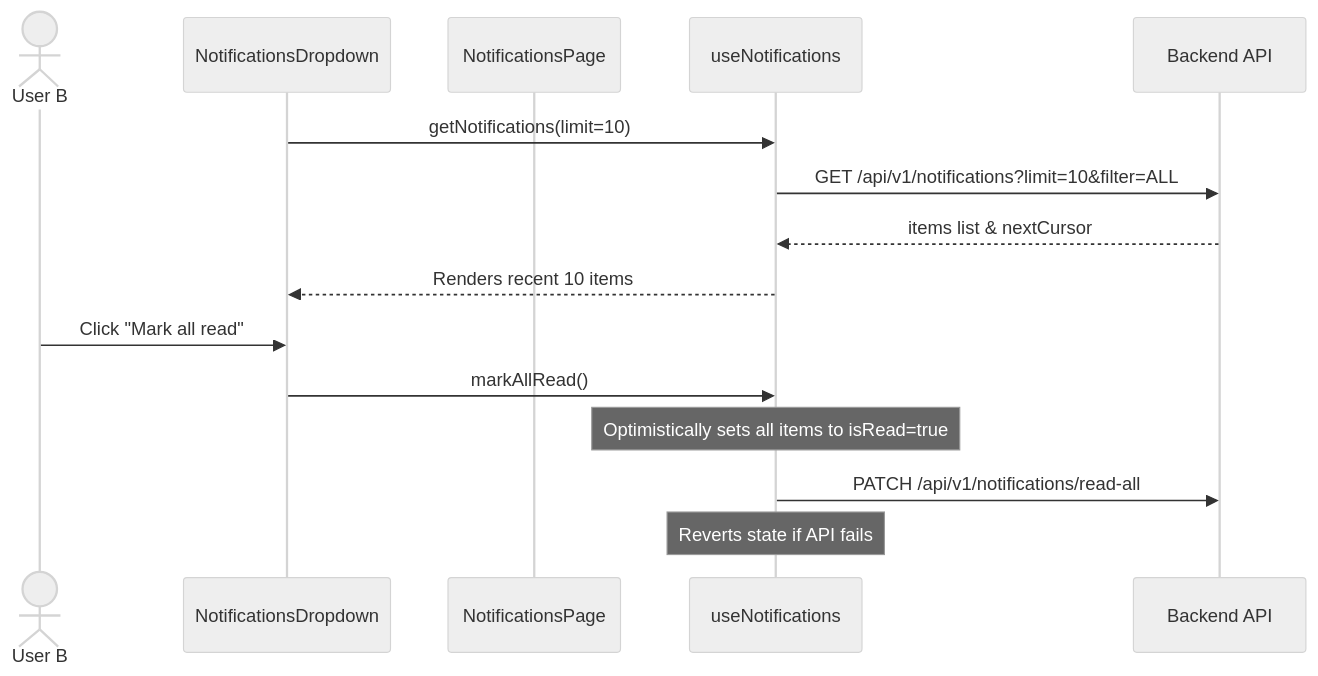
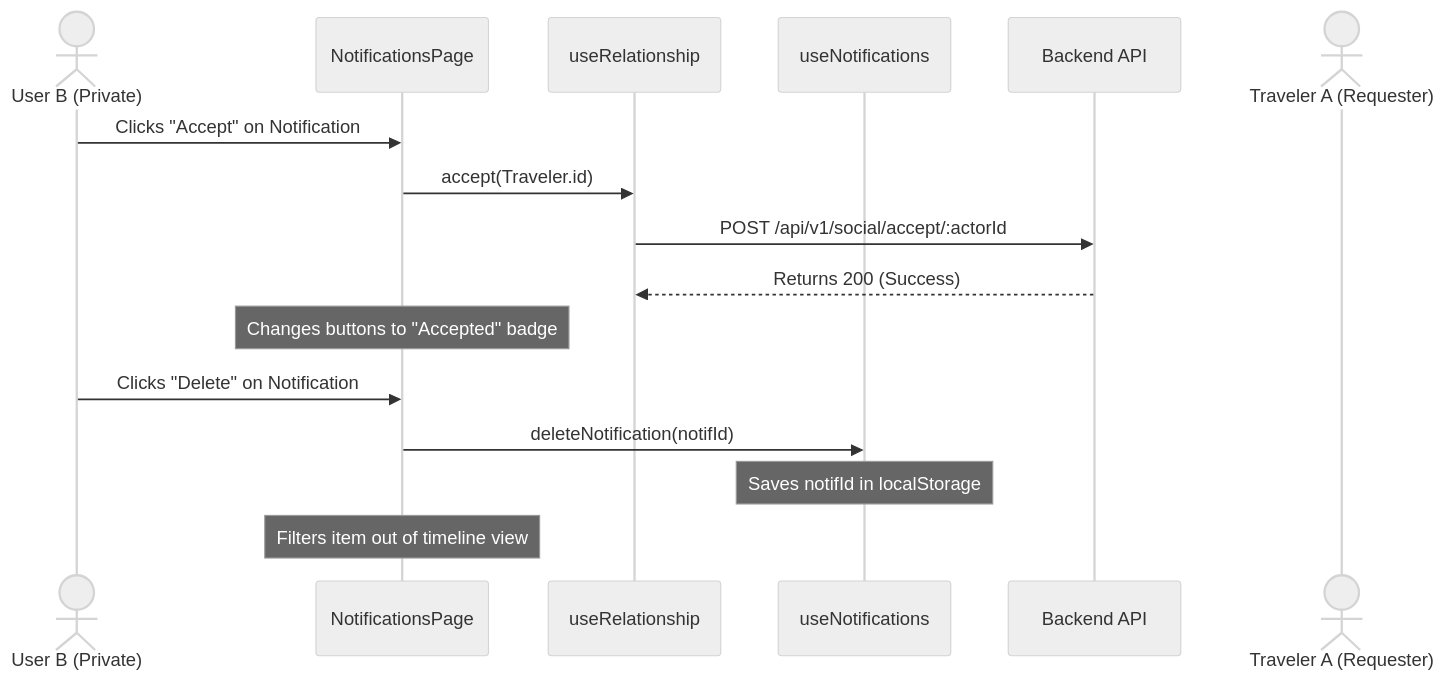
The second of 2 diagrams in docs/frontend-social-integration-phase-2.0.md (ayanpandit/yugo-web), drawn with Mermaid (neutral theme) before and after one commit. The commit also changed other lines of this file and 8 other files, not shown here.

````diff
--- a/docs/frontend-social-integration-phase-2.0.md
+++ b/docs/frontend-social-integration-phase-2.0.md
@@ -98,19 +112,20 @@
 ```mermaid
 sequenceDiagram
-    actor User as User B
-    participant Dropdown as NotificationsDropdown
+    actor Target as User B (Private)
     participant Page as NotificationsPage
-    participant Hook as useNotifications
+    participant H as useRelationship
+    participant N as useNotifications
     participant API as Backend API
+    actor Traveler as Traveler A (Requester)
 
-    Dropdown->>Hook: getNotifications(limit=10)
-    Hook->>API: GET /api/v1/notifications?limit=10&filter=ALL
-    API-->>Hook: items list & nextCursor
-    Hook-->>Dropdown: Renders recent 10 items
+    Target->>Page: Clicks "Accept" on Notification
+    Page->>H: accept(Traveler.id)
+    H->>API: POST /api/v1/social/accept/:actorId
+    API-->>H: Returns 200 (Success)
+    Note over Page: Changes buttons to "Accepted" badge
     
-    User->>Dropdown: Click "Mark all read"
-    Dropdown->>Hook: markAllRead()
-    Note over Hook: Optimistically sets all items to isRead=true
-    Hook->>API: PATCH /api/v1/notifications/read-all
-    Note over Hook: Reverts state if API fails
+    Target->>Page: Clicks "Delete" on Notification
+    Page->>N: deleteNotification(notifId)
+    Note over N: Saves notifId in localStorage
+    Note over Page: Filters item out of timeline view
 ```
````
